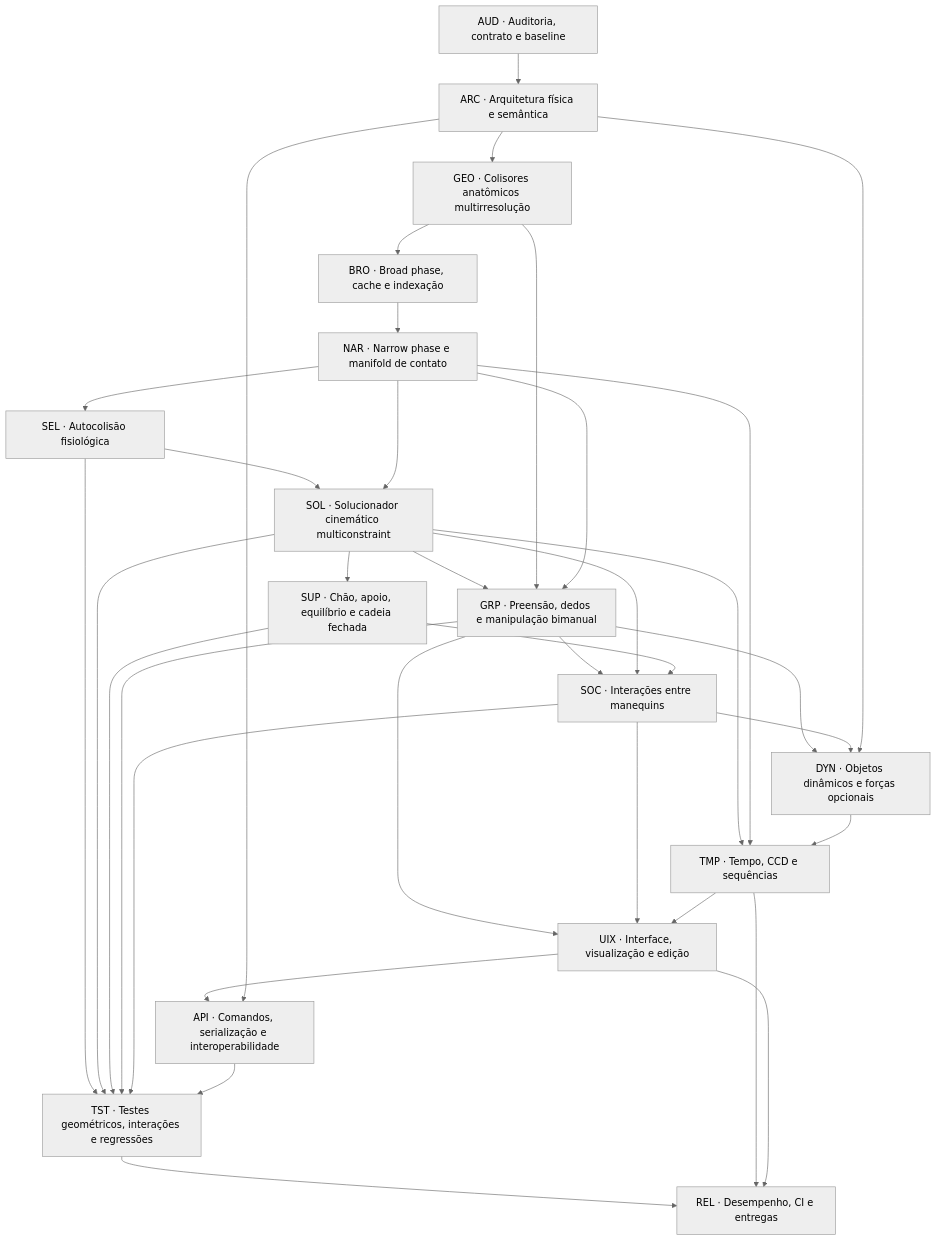
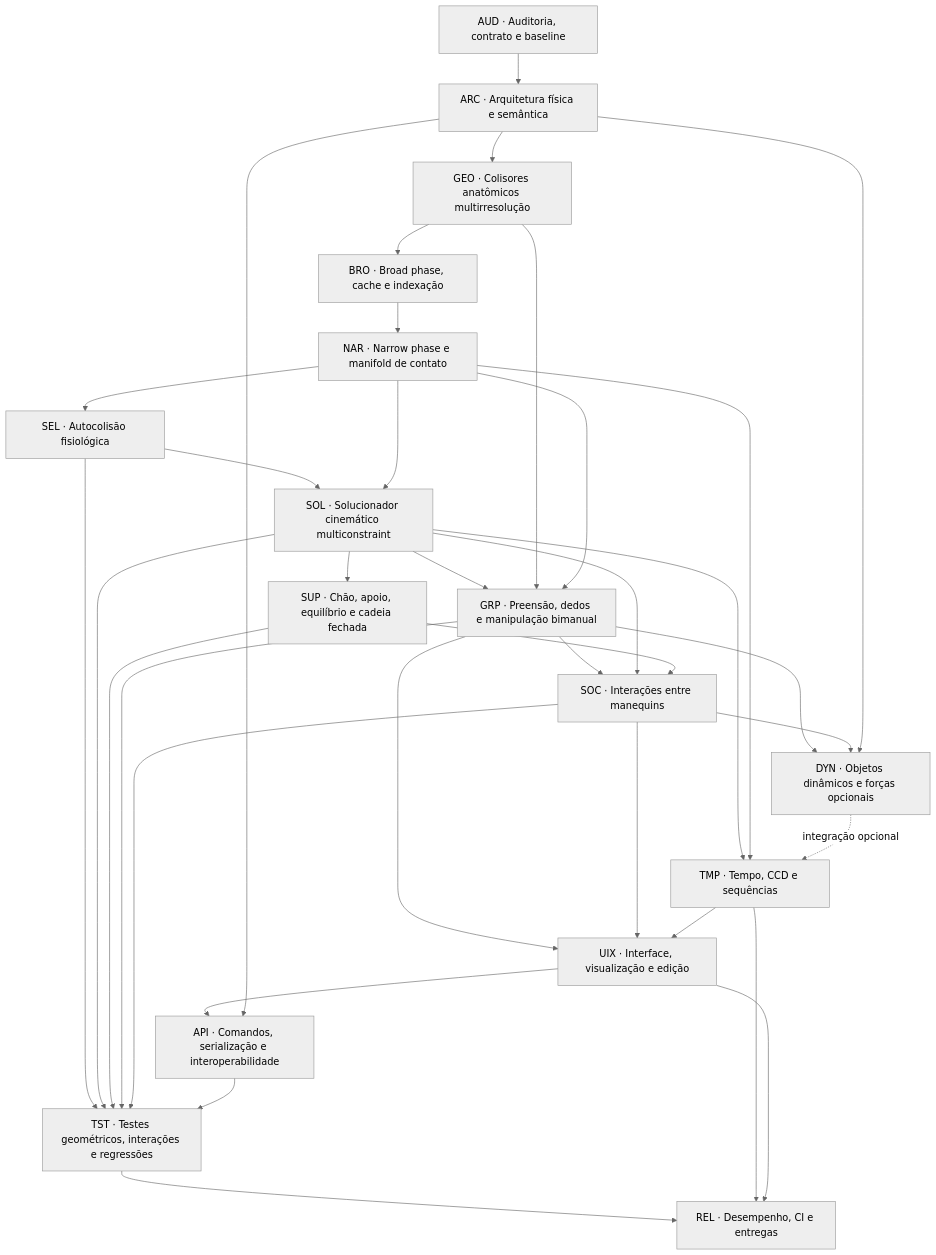
The second of 2 diagrams in geomannequin/docs/task-graph-colisoes-interacoes-v2.md (4lexandre33/4lexandre33.github.io), drawn with Mermaid (neutral theme) before and after one commit. The commit also changed other lines of this file, not shown here.

````diff
--- a/geomannequin/docs/task-graph-colisoes-interacoes-v2.md
+++ b/geomannequin/docs/task-graph-colisoes-interacoes-v2.md
@@ -103,53 +103,53 @@
 ```mermaid
 flowchart TD
   AUD["AUD · Auditoria, contrato e baseline"]
   ARC["ARC · Arquitetura física e semântica"]
   GEO["GEO · Colisores anatômicos multirresolução"]
   BRO["BRO · Broad phase, cache e indexação"]
   NAR["NAR · Narrow phase e manifold de contato"]
   SEL["SEL · Autocolisão fisiológica"]
   SOL["SOL · Solucionador cinemático multiconstraint"]
   SUP["SUP · Chão, apoio, equilíbrio e cadeia fechada"]
   GRP["GRP · Preensão, dedos e manipulação bimanual"]
   SOC["SOC · Interações entre manequins"]
   DYN["DYN · Objetos dinâmicos e forças opcionais"]
   TMP["TMP · Tempo, CCD e sequências"]
   UIX["UIX · Interface, visualização e edição"]
   API["API · Comandos, serialização e interoperabilidade"]
   TST["TST · Testes geométricos, interações e regressões"]
   REL["REL · Desempenho, CI e entregas"]
   AUD --> ARC
   ARC --> GEO
   GEO --> BRO
   BRO --> NAR
   NAR --> SEL
   SEL --> SOL
   NAR --> SOL
   SOL --> SUP
   SOL --> GRP
   GEO --> GRP
   NAR --> GRP
   GRP --> SOC
   SOL --> SOC
   SUP --> SOC
   GRP --> DYN
   SOC --> DYN
   ARC --> DYN
   SOL --> TMP
   NAR --> TMP
-  DYN --> TMP
+  DYN -.->|integração opcional| TMP
   GRP --> UIX
   SOC --> UIX
   TMP --> UIX
   UIX --> API
   ARC --> API
   SEL --> TST
   SOL --> TST
   SUP --> TST
   GRP --> TST
   SOC --> TST
   API --> TST
   TST --> REL
   TMP --> REL
   UIX --> REL
 ```
````
